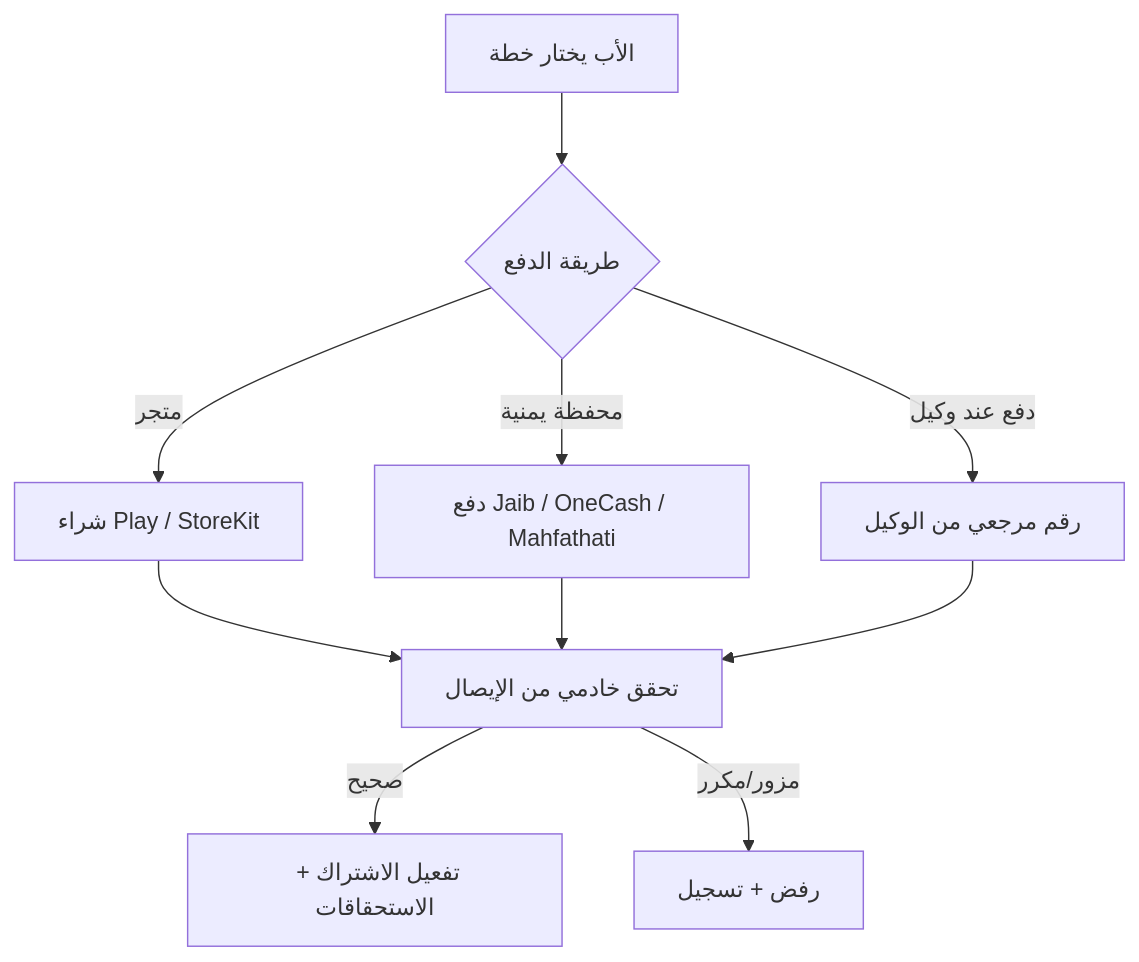
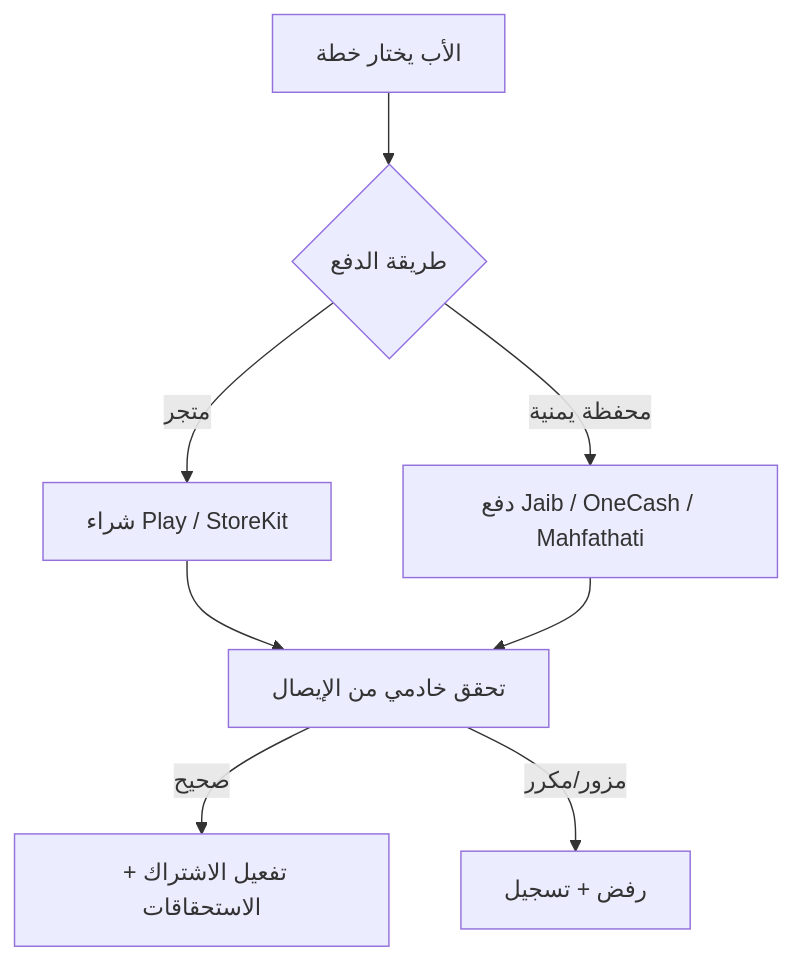
One commit to Bassam-mohammed-alqaeadi/family-os-v2 changed the fourth of 5 diagrams in docs/family-os/governance/phases/phase-1/S1-04-plans-and-subscriptions/SPEC.md. Above: the diagram before and after it, drawn with Mermaid. The commit also changed other lines of this file and 18 other files, not shown here.

````diff
--- a/docs/family-os/governance/phases/phase-1/S1-04-plans-and-subscriptions/SPEC.md
+++ b/docs/family-os/governance/phases/phase-1/S1-04-plans-and-subscriptions/SPEC.md
@@ -104,12 +104,10 @@
 ```mermaid
 flowchart TD
     A[الأب يختار خطة] --> B{طريقة الدفع}
     B -->|متجر| C[شراء Play / StoreKit]
     B -->|محفظة يمنية| D[دفع Jaib / OneCash / Mahfathati]
-    B -->|دفع عند وكيل| E[رقم مرجعي من الوكيل]
     C --> F[تحقق خادمي من الإيصال]
     D --> F
-    E --> F
     F -->|صحيح| G[تفعيل الاشتراك + الاستحقاقات]
     F -->|مزور/مكرر| H[رفض + تسجيل]
 ```
````
